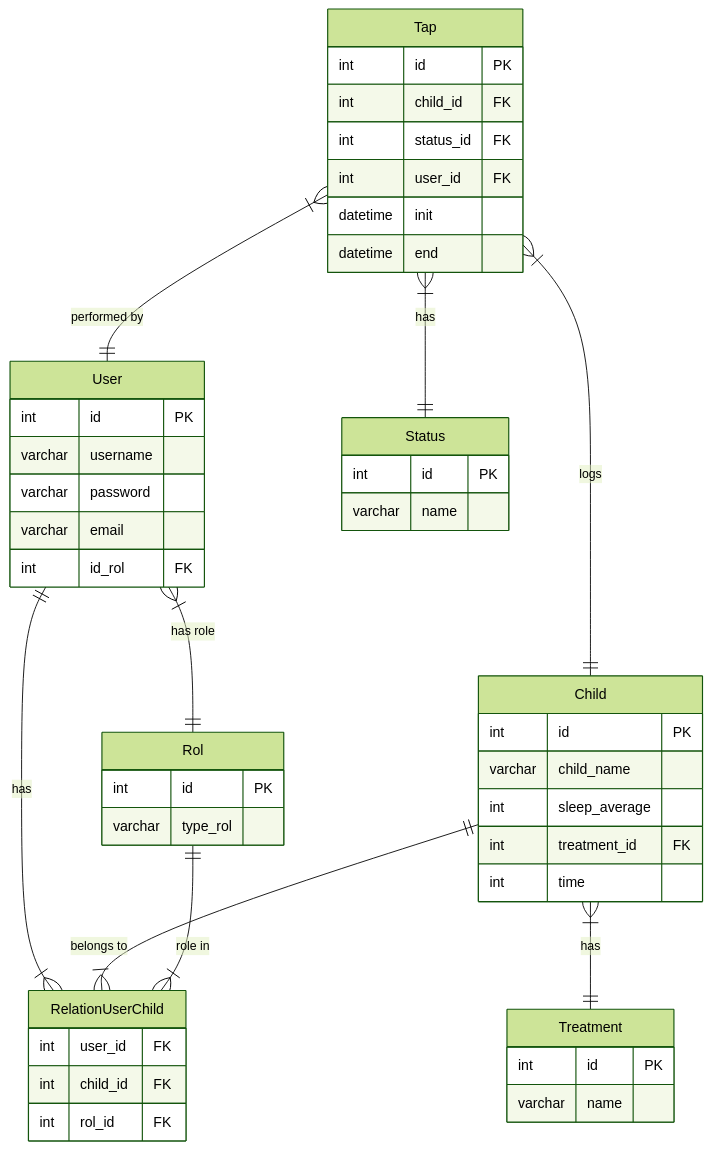
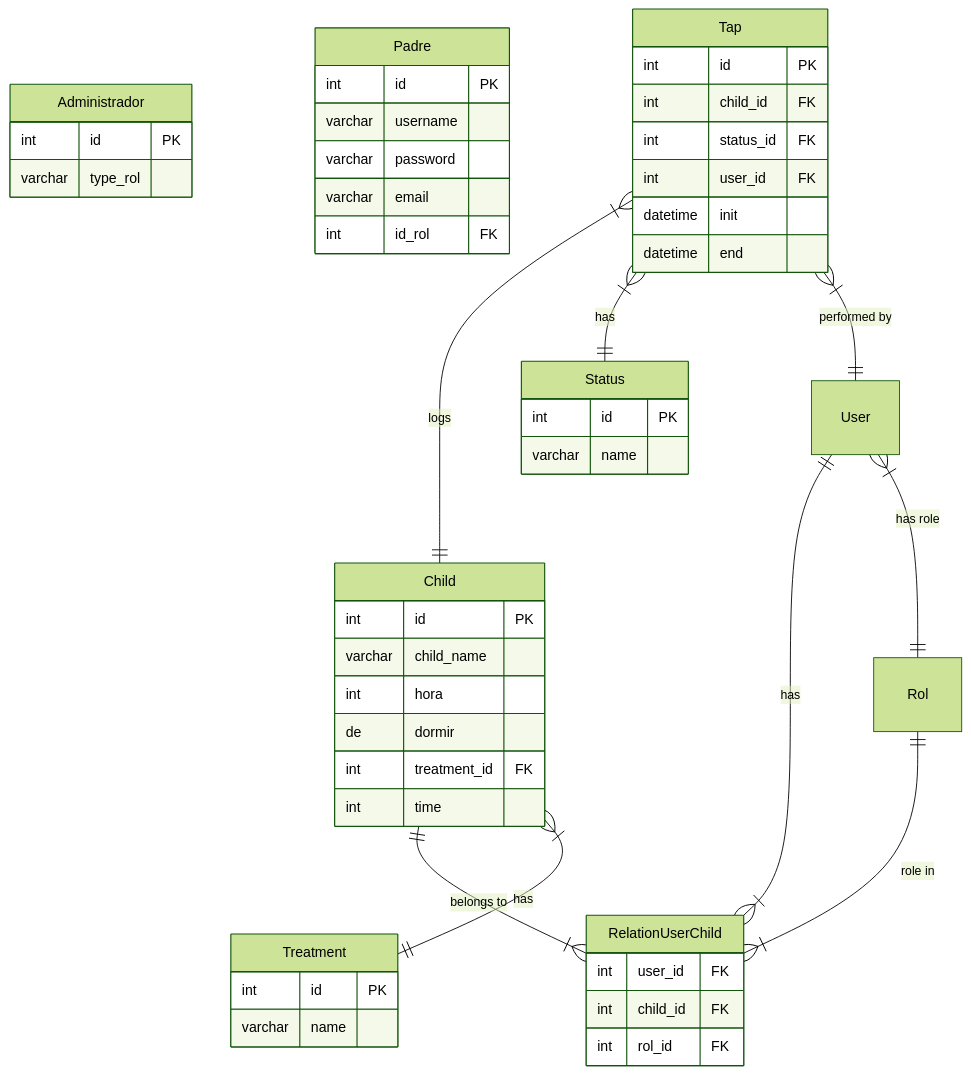
Before and after one commit to Verper021/tapatapp: the diagram in tapatapp.mermaid, drawn with Mermaid (forest theme).

```diff
--- a/tapatapp.mermaid
+++ b/tapatapp.mermaid
@@ -1,58 +1,58 @@
 erDiagram
-    Rol {
+    Administrador {
         int id PK
         varchar type_rol
     }
 
-    User {
+    Padre {
         int id PK
         varchar username
         varchar password
         varchar email
         int id_rol FK
     }
 
     Treatment {
         int id PK
         varchar name
     }
 
     Child {
         int id PK
         varchar child_name
-        int sleep_average
+        int hora de dormir
         int treatment_id FK
         int time
     }
 
     Status {
         int id PK
         varchar name
     }
 
     Tap {
         int id PK
         int child_id FK
         int status_id FK
         int user_id FK
         datetime init
         datetime end
     }
 
     RelationUserChild {
         int user_id FK
         int child_id FK
         int rol_id FK
     }
 
     %% Relationships
     User ||--|{ RelationUserChild : "has"
     Child ||--|{ RelationUserChild : "belongs to"
     Rol ||--|{ RelationUserChild : "role in"
 
     Child }|--|| Treatment : "has"
     Tap }|--|| Child : "logs"
     Tap }|--|| Status : "has"
     Tap }|--|| User : "performed by"
 
     User }|--|| Rol : "has role"
```
